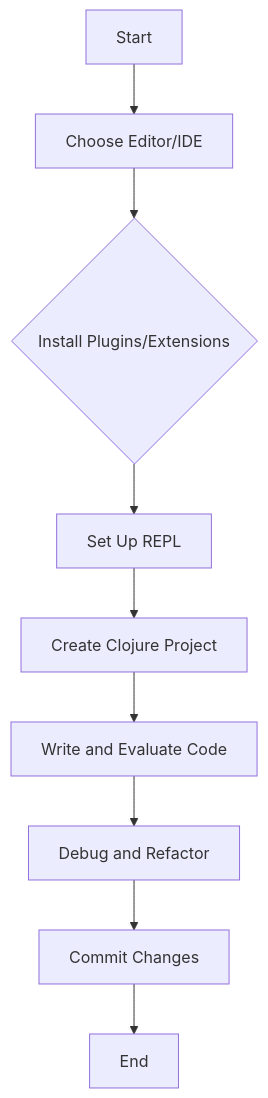
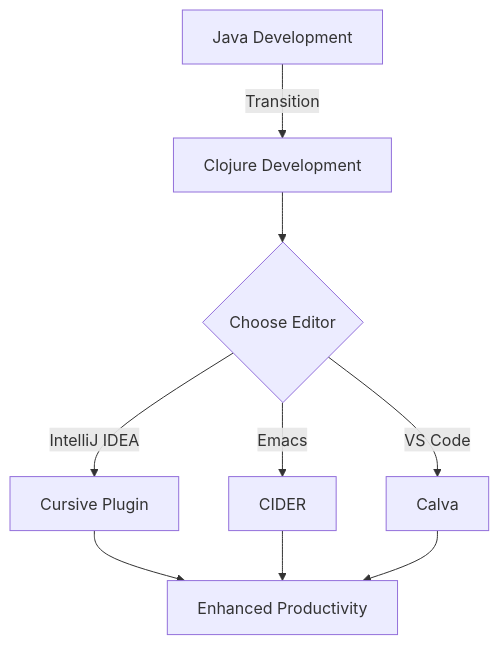
Before and after one commit to MasteryEducation/ClojureForJava.com: the diagram in content/3/5/1/index.md, drawn with Mermaid. The commit also changed other lines of this file and 74 other files, not shown here.

````diff
--- a/content/3/5/1/index.md
+++ b/content/3/5/1/index.md
@@ -122,11 +161,11 @@
 ```mermaid
 graph TD;
-    A[Start] --> B[Choose Editor/IDE];
-    B --> C{Install Plugins/Extensions};
-    C --> D[Set Up REPL];
-    D --> E[Create Clojure Project];
-    E --> F[Write and Evaluate Code];
-    F --> G[Debug and Refactor];
-    G --> H[Commit Changes];
-    H --> I[End];
+    A[Java Development] -->|Transition| B[Clojure Development];
+    B --> C{Choose Editor};
+    C -->|IntelliJ IDEA| D[Cursive Plugin];
+    C -->|Emacs| E[CIDER];
+    C -->|VS Code| F[Calva];
+    D --> G[Enhanced Productivity];
+    E --> G;
+    F --> G;
 ```
````
